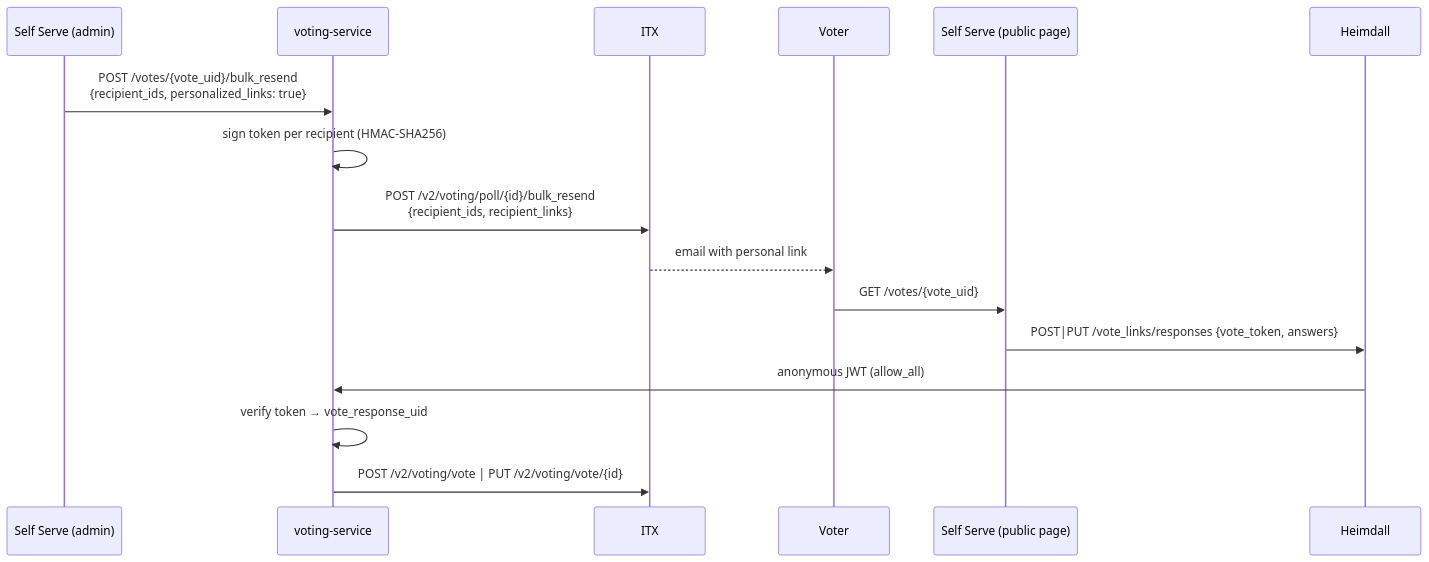
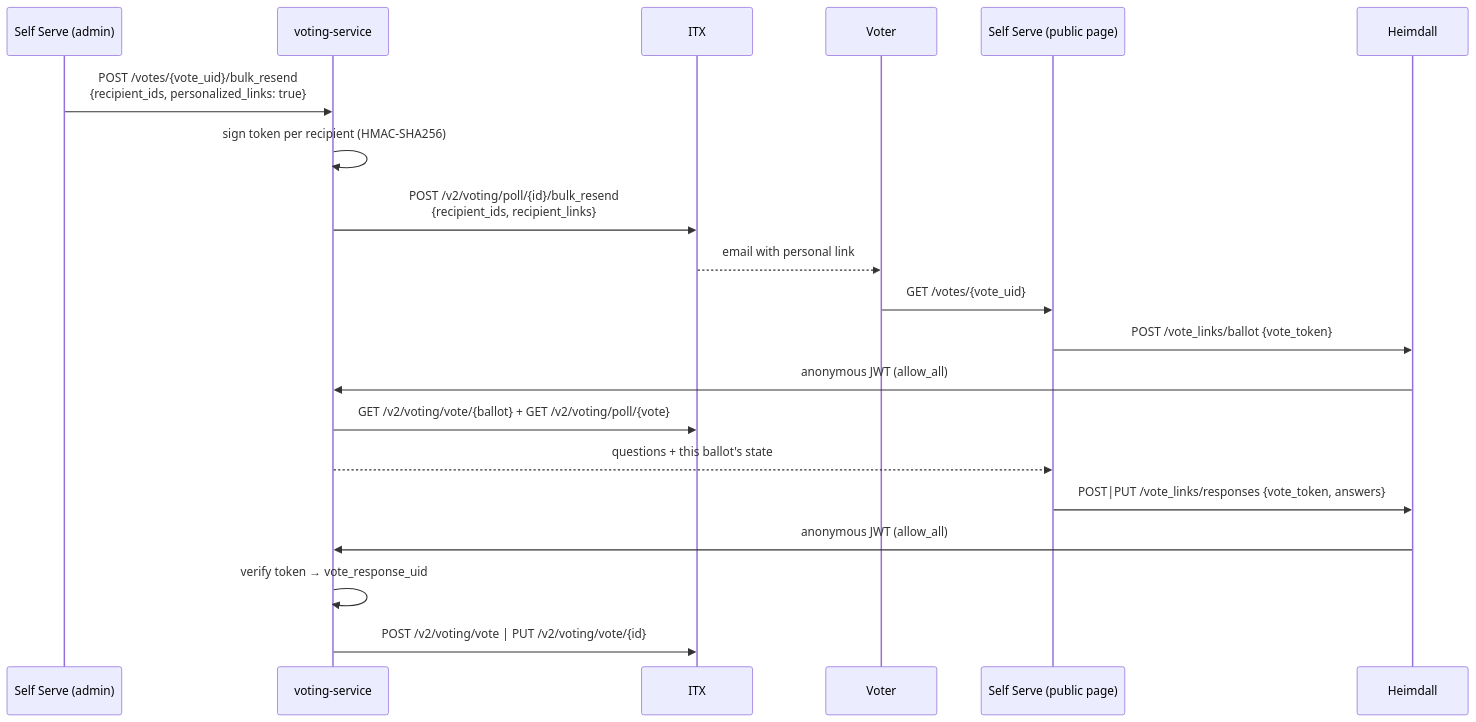
The diagram in docs/vote-links.md (linuxfoundation/lfx-v2-voting-service), drawn with Mermaid before and after one commit. The commit also changed other lines of this file and 31 other files, not shown here.

First line of the commit message:
feat(votes): add POST /vote_links/ballot to read a ballot by link

````diff
--- a/docs/vote-links.md
+++ b/docs/vote-links.md
@@ -7,19 +7,23 @@
 ```mermaid
 sequenceDiagram
     participant Admin as Self Serve (admin)
     participant V as voting-service
     participant ITX
     participant Voter
     participant SS as Self Serve (public page)
     participant H as Heimdall
 
     Admin->>V: POST /votes/{vote_uid}/bulk_resend<br/>{recipient_ids, personalized_links: true}
     V->>V: sign token per recipient (HMAC-SHA256)
     V->>ITX: POST /v2/voting/poll/{id}/bulk_resend<br/>{recipient_ids, recipient_links}
     ITX-->>Voter: email with personal link
     Voter->>SS: GET /votes/{vote_uid}#vote_token=... (fragment stays in the browser)
+    SS->>H: POST /vote_links/ballot {vote_token}
+    H->>V: anonymous JWT (allow_all)
+    V->>ITX: GET /v2/voting/vote/{ballot} + GET /v2/voting/poll/{vote}
+    V-->>SS: questions + this ballot's state
     SS->>H: POST|PUT /vote_links/responses {vote_token, answers}
     H->>V: anonymous JWT (allow_all)
     V->>V: verify token → vote_response_uid
     V->>ITX: POST /v2/voting/vote | PUT /v2/voting/vote/{id}
 ```
````
